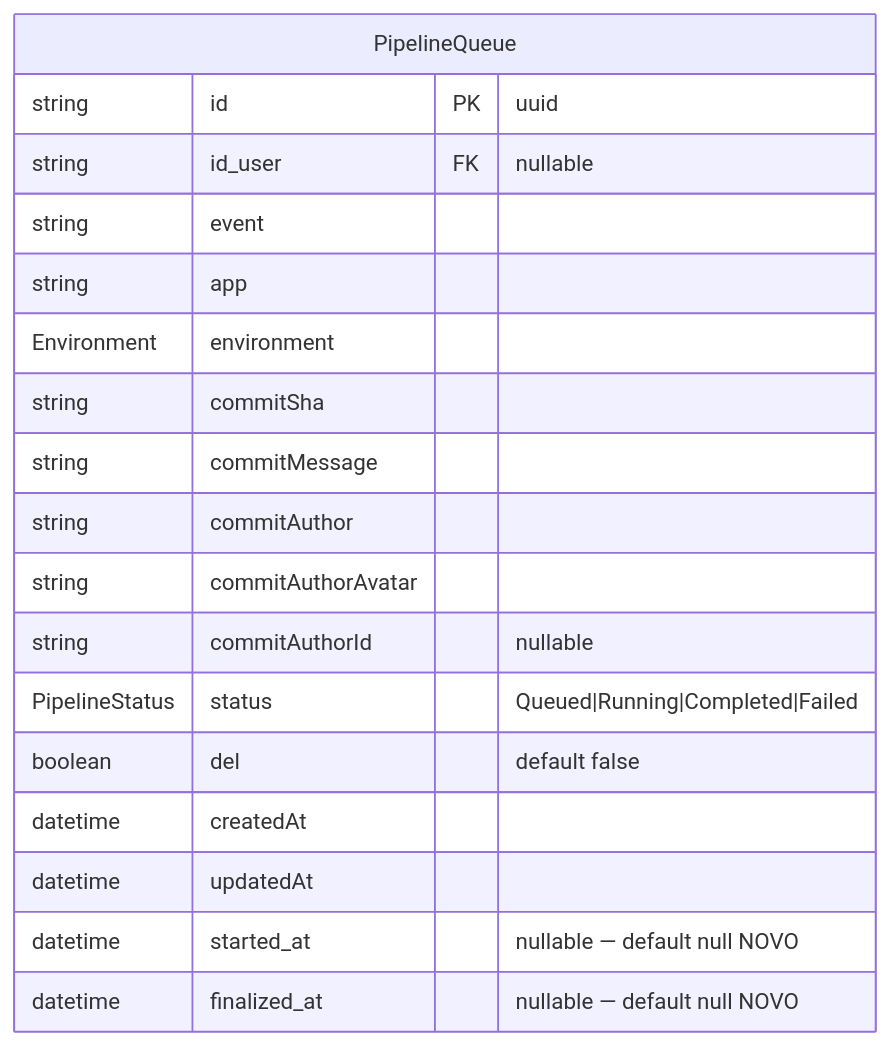
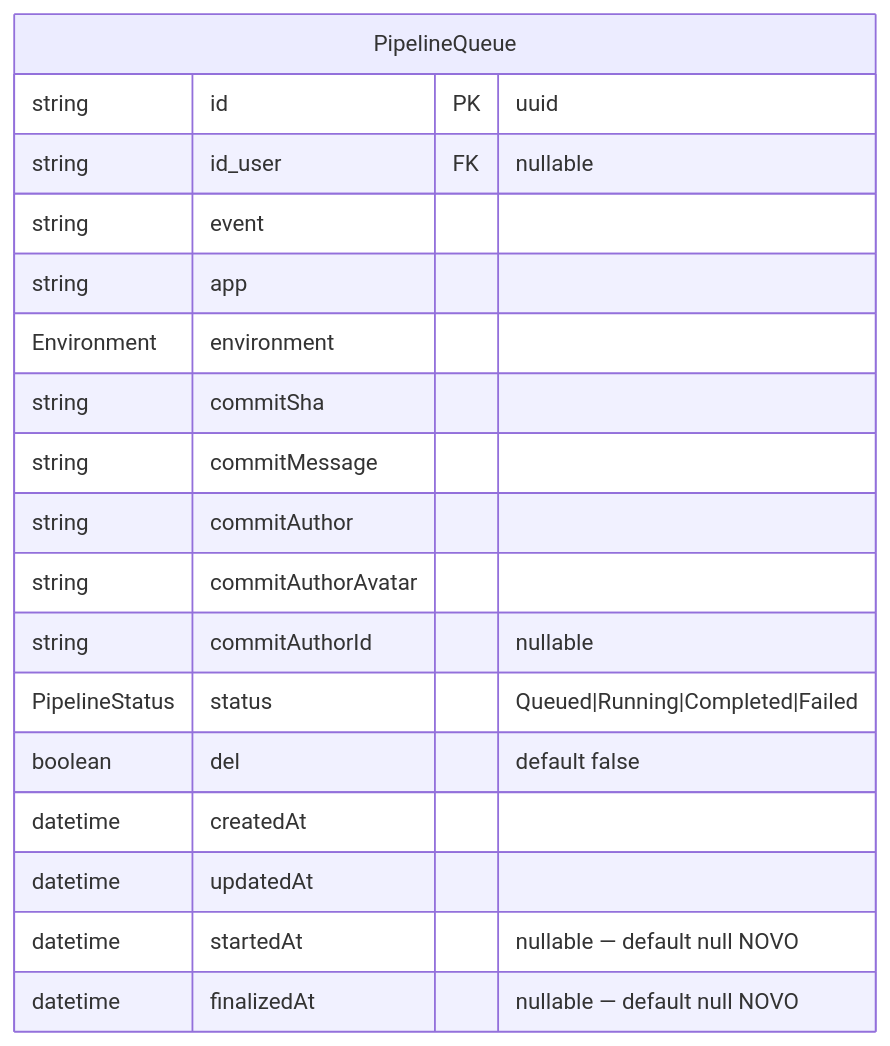
Before and after one commit to adaptwebtech/monitor-deploy: the first of 8 diagrams in docs/specs/pipeline-queue-timestamps.md, drawn with Mermaid. The commit also changed other lines of this file and 21 other files, not shown here.

````diff
--- a/docs/specs/pipeline-queue-timestamps.md
+++ b/docs/specs/pipeline-queue-timestamps.md
@@ -66,21 +66,21 @@
 ```mermaid
 erDiagram
     PipelineQueue {
         string id PK "uuid"
         string id_user FK "nullable"
         string event
         string app
         Environment environment
         string commitSha
         string commitMessage
         string commitAuthor
         string commitAuthorAvatar
         string commitAuthorId "nullable"
         PipelineStatus status "Queued|Running|Completed|Failed"
         boolean del "default false"
         datetime createdAt
         datetime updatedAt
-        datetime started_at "nullable — default null NOVO"
-        datetime finalized_at "nullable — default null NOVO"
+        datetime startedAt "nullable — default null NOVO"
+        datetime finalizedAt "nullable — default null NOVO"
     }
 ```
````
